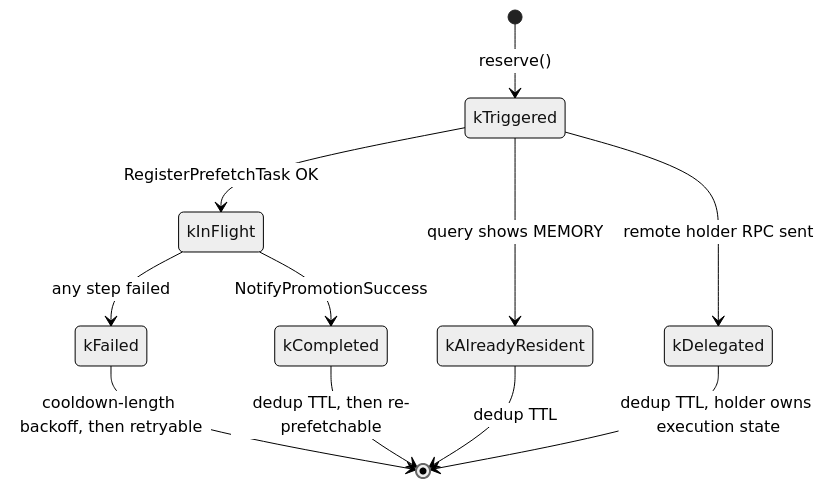
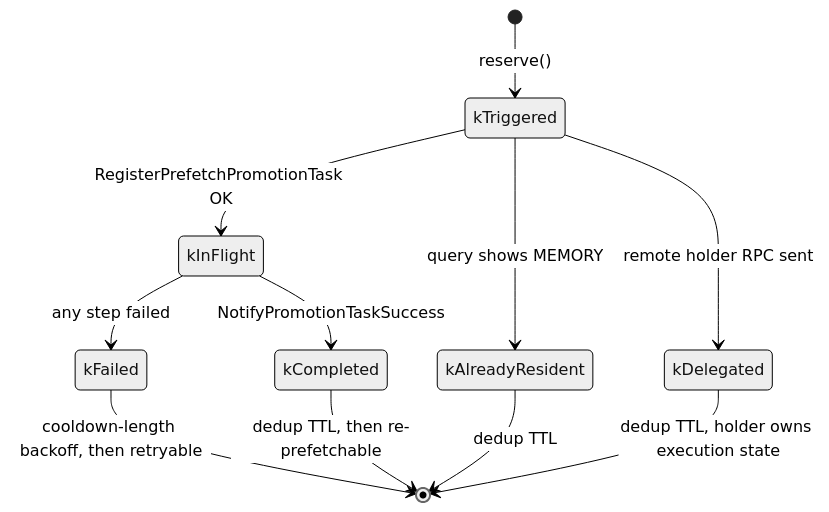
Before and after one commit to kvcache-ai/Mooncake: the third of 5 diagrams in docs/source/design/store/ssd-prefetch.md, drawn with Mermaid (neutral theme). The commit also changed other lines of this file and 15 other files, not shown here.

````diff
--- a/docs/source/design/store/ssd-prefetch.md
+++ b/docs/source/design/store/ssd-prefetch.md
@@ -191,13 +202,13 @@
 ```mermaid
 stateDiagram-v2
     [*] --> kTriggered : reserve()
-    kTriggered --> kInFlight : RegisterPrefetchTask OK
+    kTriggered --> kInFlight : RegisterPrefetchPromotionTask OK
     kTriggered --> kAlreadyResident : query shows MEMORY
     kTriggered --> kDelegated : remote holder RPC sent
-    kInFlight --> kCompleted : NotifyPromotionSuccess
+    kInFlight --> kCompleted : NotifyPromotionTaskSuccess
     kInFlight --> kFailed : any step failed
     kFailed --> [*] : cooldown-length backoff, then retryable
     kCompleted --> [*] : dedup TTL, then re-prefetchable
     kAlreadyResident --> [*] : dedup TTL
     kDelegated --> [*] : dedup TTL, holder owns execution state
 ```
````
